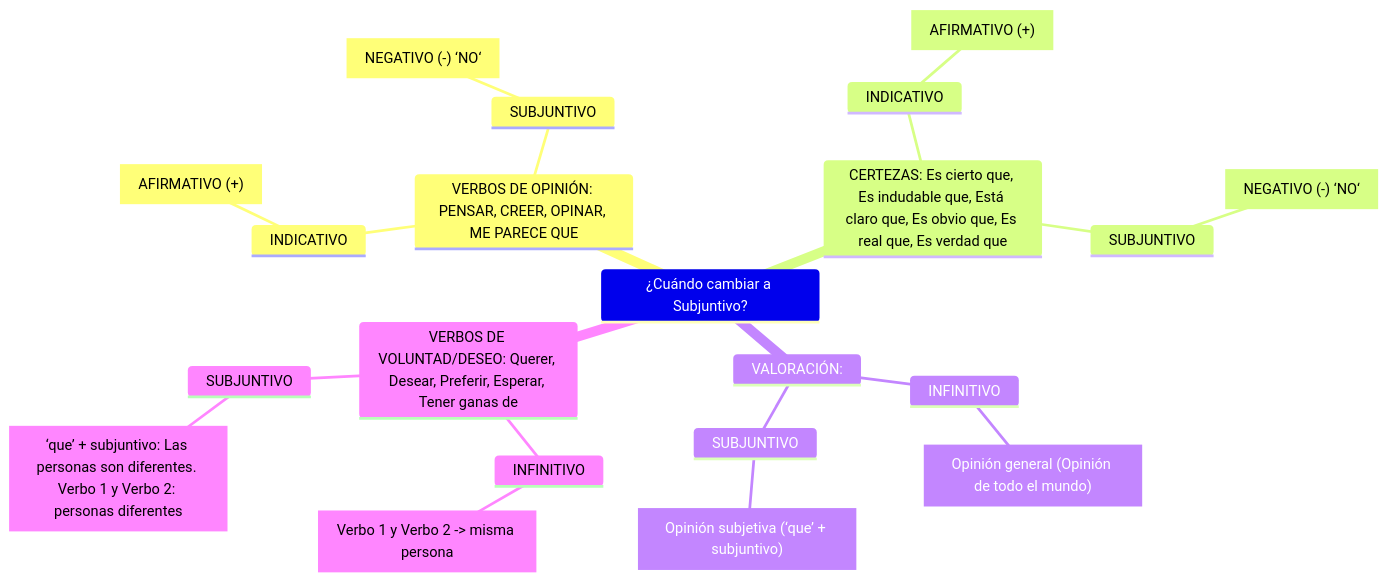
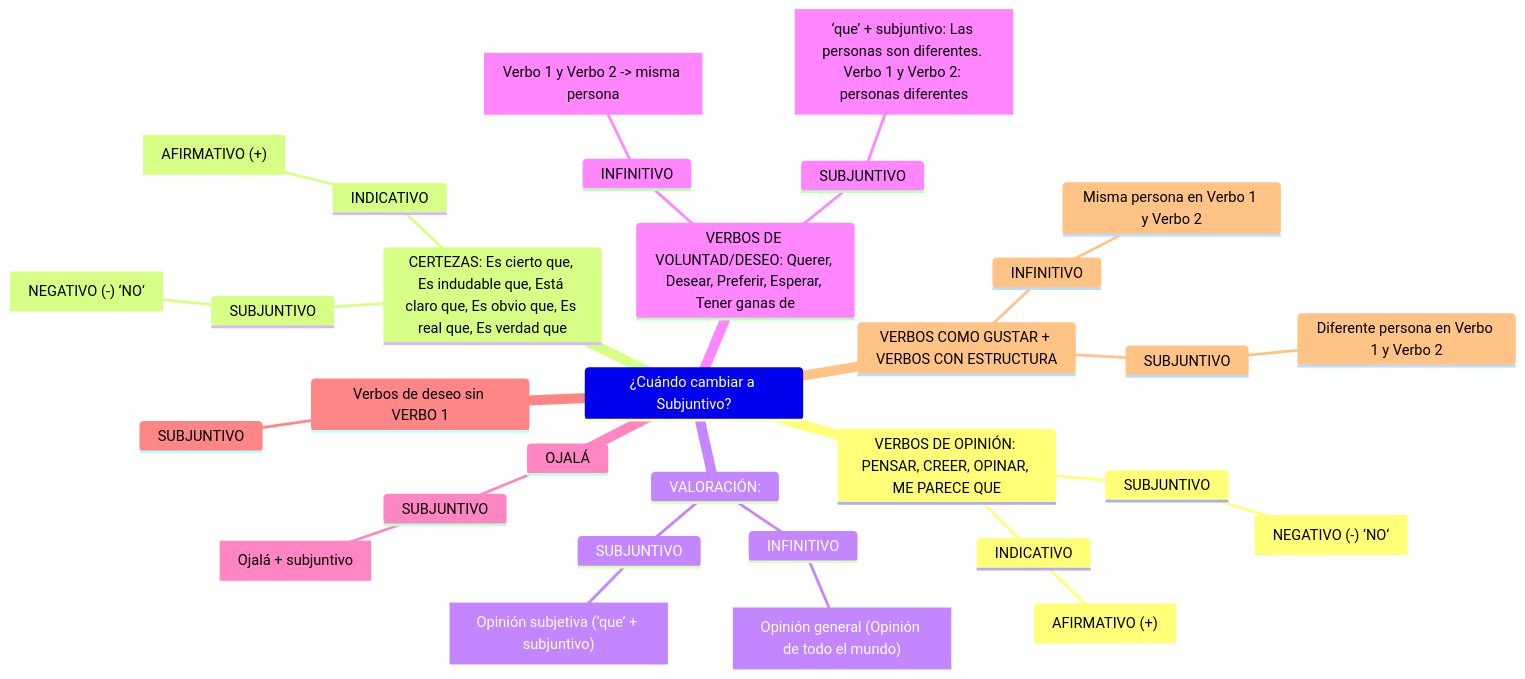
Before and after one commit to bibenga/docker-django-play: the second of 2 diagrams in test.md, drawn with Mermaid.

````diff
--- a/test.md
+++ b/test.md
@@ -23,25 +23,34 @@
 ```mermaid
 mindmap
 ¿Cuándo cambiar a Subjuntivo?
     VERBOS DE OPINIÓN: PENSAR, CREER, OPINAR, ME PARECE QUE
         INDICATIVO
             ["AFIRMATIVO (+)"]
         SUBJUNTIVO
             ["NEGATIVO (-) ‘NO‘"]
     CERTEZAS: Es cierto que, Es indudable que, Está claro que, Es obvio que, Es real que, Es verdad que
         INDICATIVO
             ["AFIRMATIVO (+)"]
         SUBJUNTIVO
             ["NEGATIVO (-) ‘NO‘"]
     VALORACIÓN:
         INFINITIVO
             ["Opinión general (Opinión de todo el mundo)"]
         SUBJUNTIVO
             ["Opinión subjetiva (‘que’ + subjuntivo)"]
     VERBOS DE VOLUNTAD/DESEO: Querer, Desear, Preferir, Esperar, Tener ganas de
         INFINITIVO
             ["Verbo 1 y Verbo 2 -> misma persona"]
         SUBJUNTIVO
             ["‘que’ + subjuntivo: Las personas son diferentes. Verbo 1 y Verbo 2: personas diferentes"]
-        
+    OJALÁ
+        SUBJUNTIVO
+            ["Ojalá + subjuntivo"]
+    Verbos de deseo sin VERBO 1
+        SUBJUNTIVO
+    VERBOS COMO GUSTAR + VERBOS CON ESTRUCTURA
+        INFINITIVO
+            Misma persona en Verbo 1 y Verbo 2
+        SUBJUNTIVO
+            Diferente persona en Verbo 1 y Verbo 2
 ```
````
